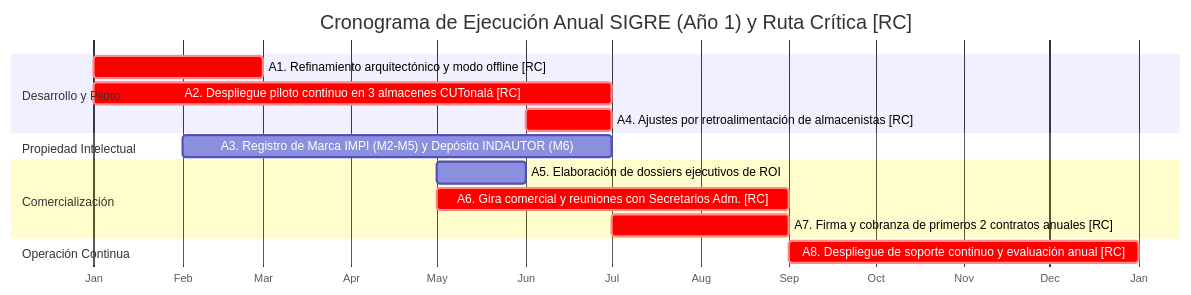
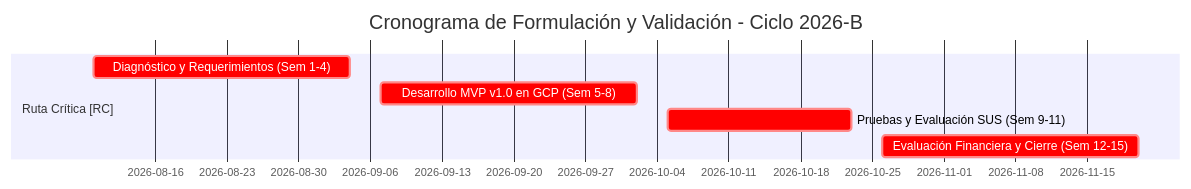
One commit to ErnestoFM/Inversion changed the sixth of 7 diagrams in docs/Propuesta_Inversion_SIGRE_Corregida.md. Above: the diagram before and after it, drawn with Mermaid. The commit also changed other lines of this file and 83 other files, not shown here.

````diff
--- a/docs/Propuesta_Inversion_SIGRE_Corregida.md
+++ b/docs/Propuesta_Inversion_SIGRE_Corregida.md
@@ -387,22 +255,10 @@
 ```mermaid
 gantt
-    title Cronograma de Ejecución Anual SIGRE (Año 1) y Ruta Crítica [RC]
-    dateFormat  YYYY-MM
-    axisFormat  %b
-
-    section Desarrollo y Piloto
-    A1. Refinamiento arquitectónico y modo offline [RC]  :crit, a1, 2027-01, 2M
-    A2. Despliegue piloto continuo en 3 almacenes CUTonalá [RC]:crit, a2, 2027-01, 6M
-    A4. Ajustes por retroalimentación de almacenistas [RC] :crit, a4, 2027-06, 1M
-
-    section Propiedad Intelectual
-    A3. Registro de Marca IMPI (M2-M5) y Depósito INDAUTOR (M6):a3, 2027-02, 5M
-
-    section Comercialización
-    A5. Elaboración de dossiers ejecutivos de ROI         :a5, 2027-05, 1M
-    A6. Gira comercial y reuniones con Secretarios Adm. [RC]:crit, a6, 2027-05, 4M
-    A7. Firma y cobranza de primeros 2 contratos anuales [RC]:crit, a7, 2027-07, 2M
-
-    section Operación Continua
-    A8. Despliegue de soporte continuo y evaluación anual [RC]:crit, a8, 2027-09, 4M
+    title Cronograma de Formulación y Validación - Ciclo 2026-B
+    dateFormat YYYY-MM-DD
+    section Ruta Crítica [RC]
+    Diagnóstico y Requerimientos (Sem 1-4) :crit, a1, 2026-08-10, 2026-09-04
+    Desarrollo MVP v1.0 en GCP (Sem 5-8)   :crit, a2, 2026-09-07, 2026-10-02
+    Pruebas y Evaluación SUS (Sem 9-11)    :crit, a3, 2026-10-05, 2026-10-23
+    Evaluación Financiera y Cierre (Sem 12-15) :crit, a4, 2026-10-26, 2026-11-20
 ```
````
